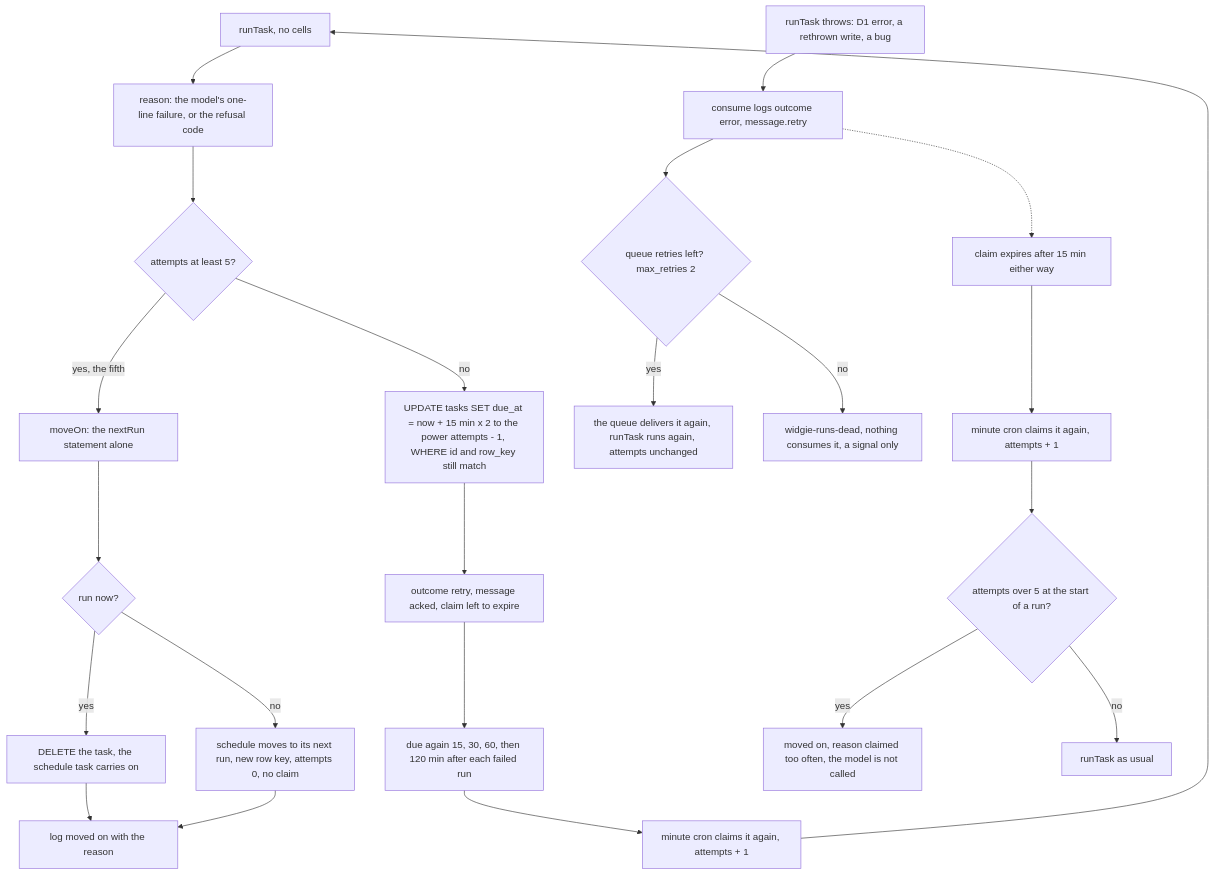
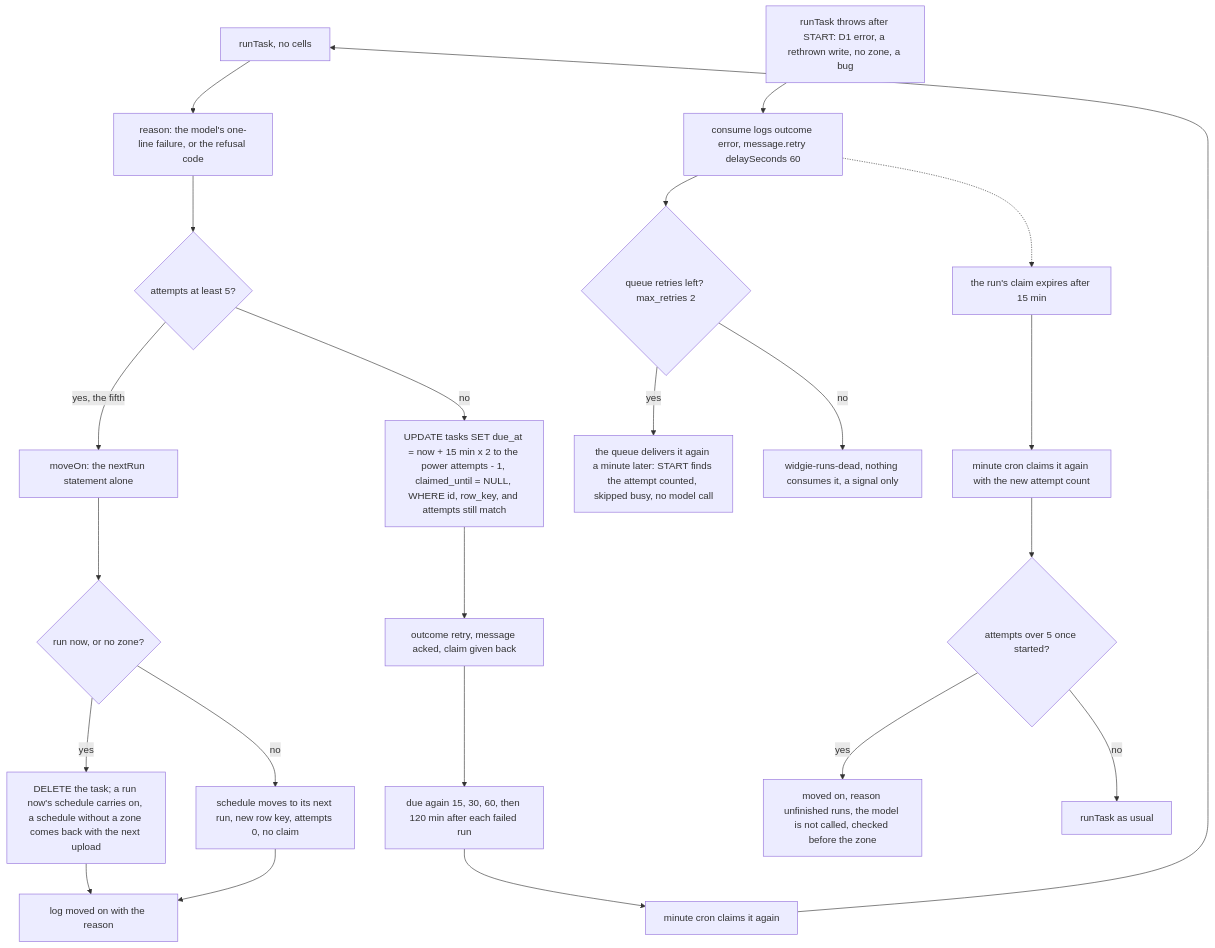
One commit to Krutik460/Widgie changed the third of 5 diagrams in docs/pr/25-phase-3-p3-runner.md. Above: the diagram before and after it, drawn with Mermaid. The commit also changed other lines of this file, not shown here.

Commit message:
Bring the PR 25 review guide up to the review fixes: one task of an automation at a time, attempts counted when a run starts, no lone surrogate on the wire, a written repeat, the scaled token cap, the sliced prune, and the new vectors

````diff
--- a/docs/pr/25-phase-3-p3-runner.md
+++ b/docs/pr/25-phase-3-p3-runner.md
@@ -157,25 +175,25 @@
 ```mermaid
 flowchart TD
   RUN["runTask, no cells"] --> REASON["reason: the model's one-line failure, or the refusal code"]
   REASON --> LAST{"attempts at least 5?"}
-  LAST -->|"no"| BACK["UPDATE tasks SET due_at = now + 15 min x 2 to the power attempts - 1, WHERE id and row_key still match"]
-  BACK --> RETRYOUT["outcome retry, message acked, claim left to expire"]
+  LAST -->|"no"| BACK["UPDATE tasks SET due_at = now + 15 min x 2 to the power attempts - 1, claimed_until = NULL, WHERE id, row_key, and attempts still match"]
+  BACK --> RETRYOUT["outcome retry, message acked, claim given back"]
   RETRYOUT --> GAPS["due again 15, 30, 60, then 120 min after each failed run"]
-  GAPS --> CRON["minute cron claims it again, attempts + 1"]
+  GAPS --> CRON["minute cron claims it again"]
   CRON --> RUN
   LAST -->|"yes, the fifth"| MOVE["moveOn: the nextRun statement alone"]
-  MOVE --> ONCE{"run now?"}
-  ONCE -->|"yes"| DEL["DELETE the task, the schedule task carries on"]
+  MOVE --> ONCE{"run now, or no zone?"}
+  ONCE -->|"yes"| DEL["DELETE the task; a run now's schedule carries on, a schedule without a zone comes back with the next upload"]
   ONCE -->|"no"| NEXT["schedule moves to its next run, new row key, attempts 0, no claim"]
   DEL --> LOGM["log moved on with the reason"]
   NEXT --> LOGM
-  THROW["runTask throws: D1 error, a rethrown write, a bug"] --> CATCH["consume logs outcome error, message.retry"]
+  THROW["runTask throws after START: D1 error, a rethrown write, no zone, a bug"] --> CATCH["consume logs outcome error, message.retry delaySeconds 60"]
   CATCH --> QR{"queue retries left? max_retries 2"}
-  QR -->|"yes"| AGAIN["the queue delivers it again, runTask runs again, attempts unchanged"]
+  QR -->|"yes"| AGAIN["the queue delivers it again a minute later: START finds the attempt counted, skipped busy, no model call"]
   QR -->|"no"| DLQ["widgie-runs-dead, nothing consumes it, a signal only"]
-  CATCH -.-> EXPIRE["claim expires after 15 min either way"]
-  EXPIRE --> CRON2["minute cron claims it again, attempts + 1"]
-  CRON2 --> MANY{"attempts over 5 at the start of a run?"}
-  MANY -->|"yes"| MOVE2["moved on, reason claimed too often, the model is not called"]
+  CATCH -.-> EXPIRE["the run's claim expires after 15 min"]
+  EXPIRE --> CRON2["minute cron claims it again with the new attempt count"]
+  CRON2 --> MANY{"attempts over 5 once started?"}
+  MANY -->|"yes"| MOVE2["moved on, reason unfinished runs, the model is not called, checked before the zone"]
   MANY -->|"no"| RUN2["runTask as usual"]
 ```
````
